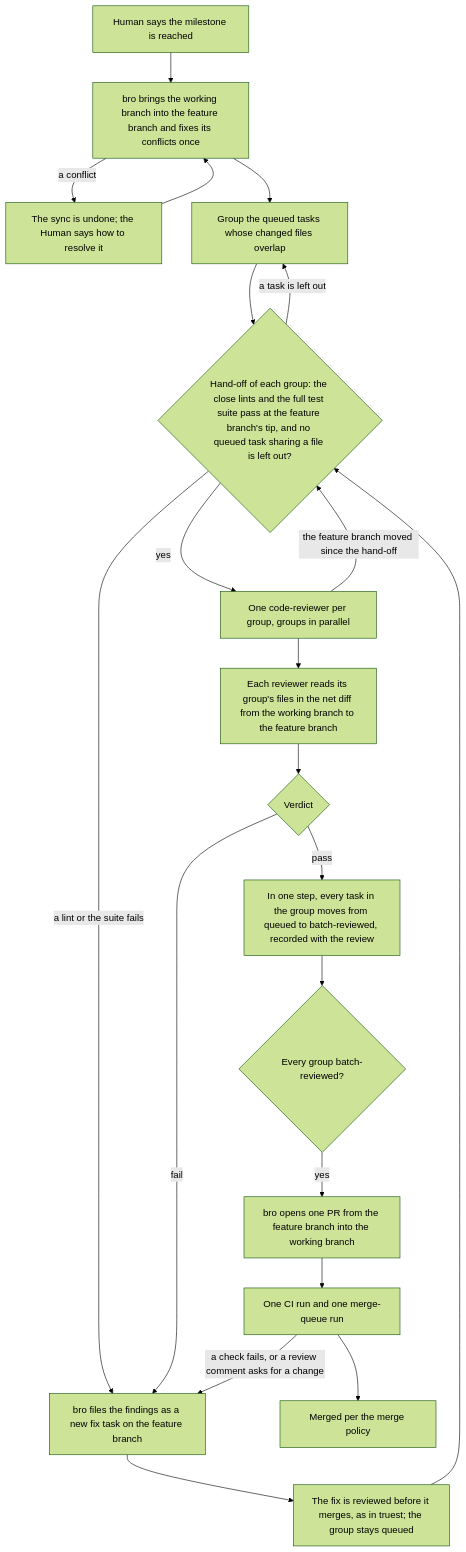
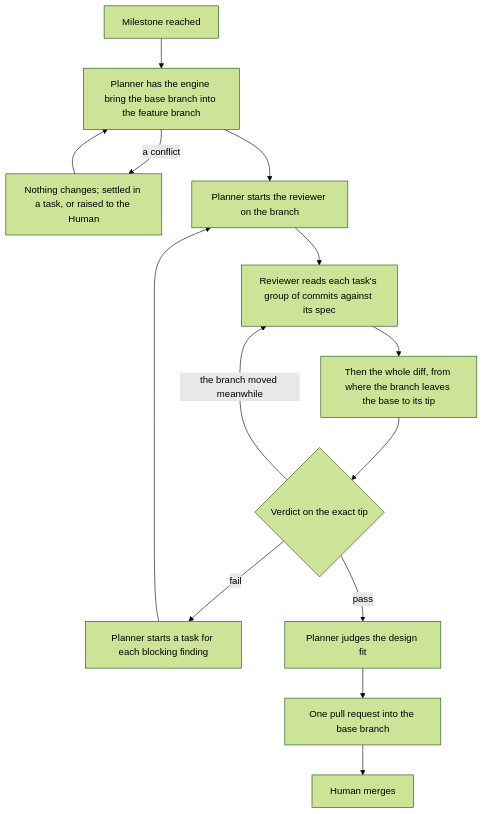
The sixth of 8 diagrams in docs/architecture/AGILE.md (trustmybot/tmb), drawn with Mermaid (forest theme) before and after one commit. The commit also changed other lines of this file and 38 other files, not shown here.

````diff
--- a/docs/architecture/AGILE.md
+++ b/docs/architecture/AGILE.md
@@ -150,23 +146,16 @@
 ```mermaid
 flowchart TD
-    A[Human says the milestone is reached] --> B[bro brings the working branch into the feature branch and fixes its conflicts once]
-    B -- a conflict --> BH[The sync is undone; the Human says how to resolve it]
+    A[Milestone reached] --> B[Planner has the engine bring the base branch into the feature branch]
+    B -- a conflict --> BH[Nothing changes; settled in a task, or raised to the Human]
     BH --> B
-    B --> C[Group the queued tasks whose changed files overlap]
-    C --> HO{Hand-off of each group: the close lints and the full test suite pass at the feature branch's tip, and no queued task sharing a file is left out?}
-    HO -- a task is left out --> C
-    HO -- a lint or the suite fails --> H
-    HO -- yes --> D[One code-reviewer per group, groups in parallel]
-    D -- the feature branch moved since the hand-off --> HO
-    D --> E[Each reviewer reads its group's files in the net diff from the working branch to the feature branch]
-    E --> F{Verdict}
-    F -- pass --> G[In one step, every task in the group moves from queued to batch-reviewed, recorded with the review]
-    F -- fail --> H[bro files the findings as a new fix task on the feature branch]
-    H --> I[The fix is reviewed before it merges, as in truest; the group stays queued]
-    I --> HO
-    G --> M{Every group batch-reviewed?}
-    M -- yes --> P[bro opens one PR from the feature branch into the working branch]
-    P --> CI[One CI run and one merge-queue run]
-    CI --> MG[Merged per the merge policy]
-    CI -- a check fails, or a review comment asks for a change --> H
+    B --> D[Planner starts the reviewer on the branch]
+    D --> E["Reviewer reads each task's group of commits against its spec"]
+    E --> W[Then the whole diff, from where the branch leaves the base to its tip]
+    W --> F{Verdict on the exact tip}
+    F -- "the branch moved meanwhile" --> E
+    F -- fail --> H[Planner starts a task for each blocking finding]
+    H --> D
+    F -- pass --> J[Planner judges the design fit]
+    J --> P[One pull request into the base branch]
+    P --> M[Human merges]
 ```
````
